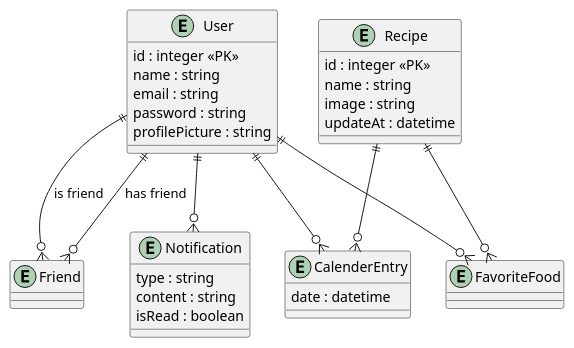
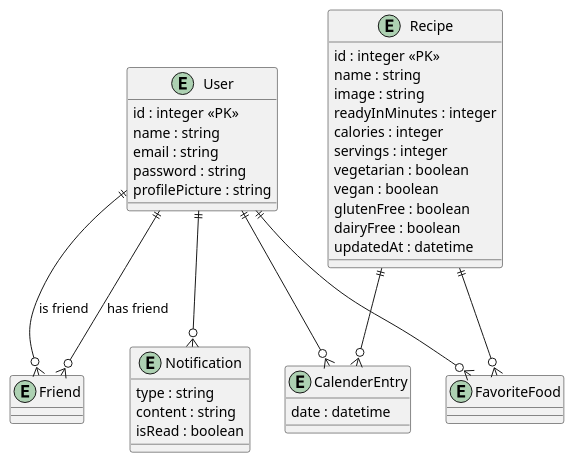
The diagram in erd.puml (2526-wmc-3bhif-classroom-org/sommerprojekt-wmc-forkcast), drawn with PlantUML before and after one commit. The commit also changed 2 other files, not shown here.

Commit message:
docs: update swagger schema, ERD and README for RecipePreview fields

```diff
--- a/erd.puml
+++ b/erd.puml
@@ -1,45 +1,52 @@
 @startuml
 
 entity "User" {
   id : integer <<PK>>
   name : string
   email : string
   password : string
   profilePicture : string
 }
 
 entity "Friend" {
 }
 
 entity "Notification" {
   type : string
   content : string
   isRead : boolean
 }
 
 entity "Recipe" {
   id : integer <<PK>>
   name : string
   image : string
-  updateAt : datetime
+  readyInMinutes : integer
+  calories : integer
+  servings : integer
+  vegetarian : boolean
+  vegan : boolean
+  glutenFree : boolean
+  dairyFree : boolean
+  updatedAt : datetime
 }
 
 entity "CalenderEntry" {
   date : datetime
 }
 
 entity "FavoriteFood" {
 }
 
 User ||--o{ CalenderEntry
 Recipe ||--o{ CalenderEntry
 
 User ||--o{ FavoriteFood
 Recipe ||--o{ FavoriteFood
 
 User ||--o{ Notification
 
 User ||--o{ Friend : has friend
 User ||--o{ Friend : is friend
 
 @enduml
```
